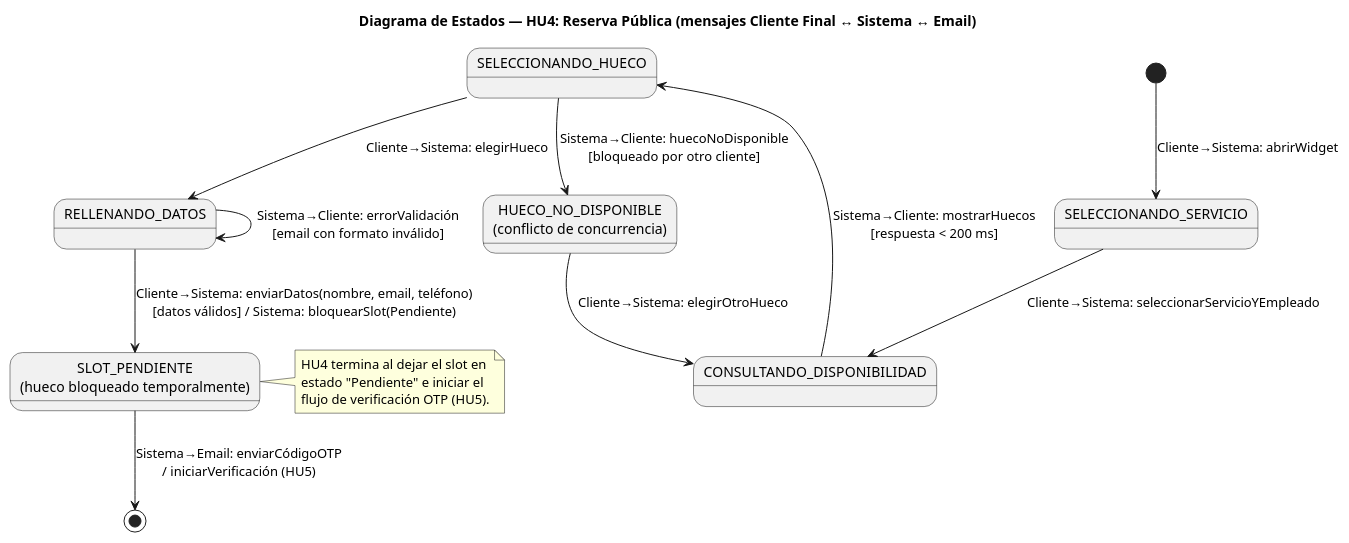
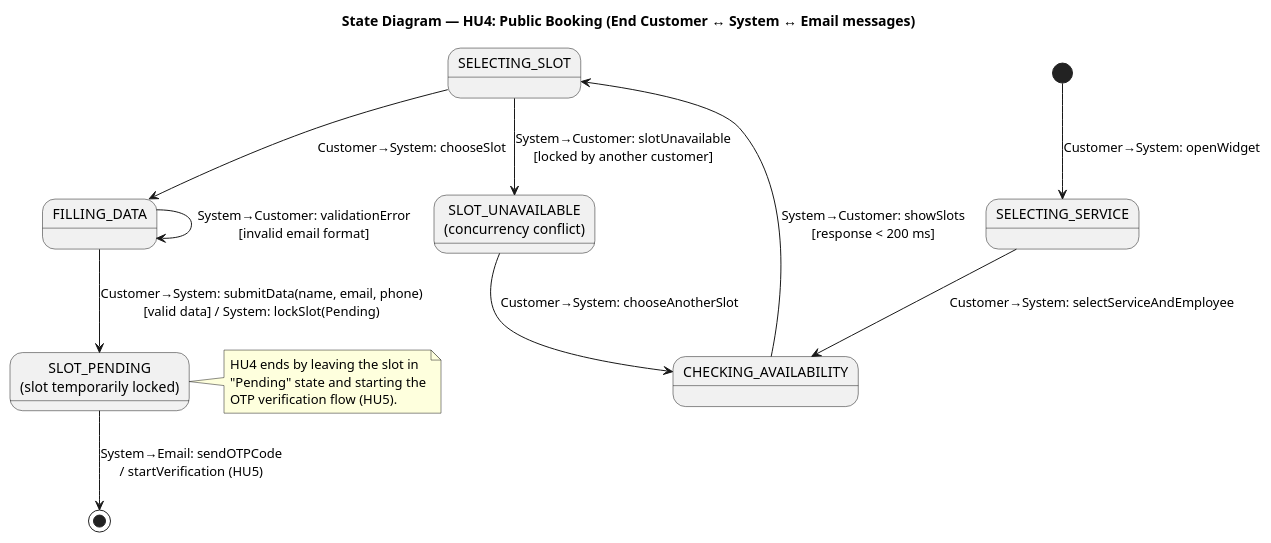
One commit to jose-korvusinc/finalproject-lidr-i4devs changed the diagram in system_architecture/user_stories_view/state-diagram_hu4.puml. Above: the diagram before and after it, drawn with PlantUML. The commit also changed 25 other files, not shown here.

Commit message:
Translate names and add analysis class diagram

```diff
--- a/system_architecture/user_stories_view/state-diagram_hu4.puml
+++ b/system_architecture/user_stories_view/state-diagram_hu4.puml
@@ -1,33 +1,33 @@
 @startuml
-title Diagrama de Estados — HU4: Reserva Pública (mensajes Cliente Final ↔ Sistema ↔ Email)
+title State Diagram — HU4: Public Booking (End Customer ↔ System ↔ Email messages)
 
-' Refina el estado-contexto RESERVA_PUBLICA (HU4).
-' Actores: Cliente Final <-> Sistema; Sistema -> Servicio de Email (OTP).
+' Refines the context-state PUBLIC_BOOKING (HU4).
+' Actors: End Customer <-> System; System -> Email Provider (OTP).
 
-state "SELECCIONANDO_SERVICIO" as servicio
-state "CONSULTANDO_DISPONIBILIDAD" as disponibilidad
-state "SELECCIONANDO_HUECO" as hueco
-state "RELLENANDO_DATOS" as datos
-state "SLOT_PENDIENTE\n(hueco bloqueado temporalmente)" as pendiente
-state "HUECO_NO_DISPONIBLE\n(conflicto de concurrencia)" as ocupado
+state "SELECTING_SERVICE" as service
+state "CHECKING_AVAILABILITY" as availability
+state "SELECTING_SLOT" as slot
+state "FILLING_DATA" as data
+state "SLOT_PENDING\n(slot temporarily locked)" as pending
+state "SLOT_UNAVAILABLE\n(concurrency conflict)" as unavailable
 
-[*] --> servicio : Cliente→Sistema: abrirWidget
+[*] --> service : Customer→System: openWidget
 
-servicio --> disponibilidad : Cliente→Sistema: seleccionarServicioYEmpleado
-disponibilidad --> hueco : Sistema→Cliente: mostrarHuecos\n[respuesta < 200 ms]
+service --> availability : Customer→System: selectServiceAndEmployee
+availability --> slot : System→Customer: showSlots\n[response < 200 ms]
 
-hueco --> datos : Cliente→Sistema: elegirHueco
-hueco --> ocupado : Sistema→Cliente: huecoNoDisponible\n[bloqueado por otro cliente]
-ocupado --> disponibilidad : Cliente→Sistema: elegirOtroHueco
+slot --> data : Customer→System: chooseSlot
+slot --> unavailable : System→Customer: slotUnavailable\n[locked by another customer]
+unavailable --> availability : Customer→System: chooseAnotherSlot
 
-datos --> pendiente : Cliente→Sistema: enviarDatos(nombre, email, teléfono)\n[datos válidos] / Sistema: bloquearSlot(Pendiente)
-datos --> datos : Sistema→Cliente: errorValidación\n[email con formato inválido]
+data --> pending : Customer→System: submitData(name, email, phone)\n[valid data] / System: lockSlot(Pending)
+data --> data : System→Customer: validationError\n[invalid email format]
 
-pendiente --> [*] : Sistema→Email: enviarCódigoOTP\n/ iniciarVerificación (HU5)
+pending --> [*] : System→Email: sendOTPCode\n/ startVerification (HU5)
 
-note right of pendiente
-  HU4 termina al dejar el slot en
-  estado "Pendiente" e iniciar el
-  flujo de verificación OTP (HU5).
+note right of pending
+  HU4 ends by leaving the slot in
+  "Pending" state and starting the
+  OTP verification flow (HU5).
 end note
 @enduml
```
